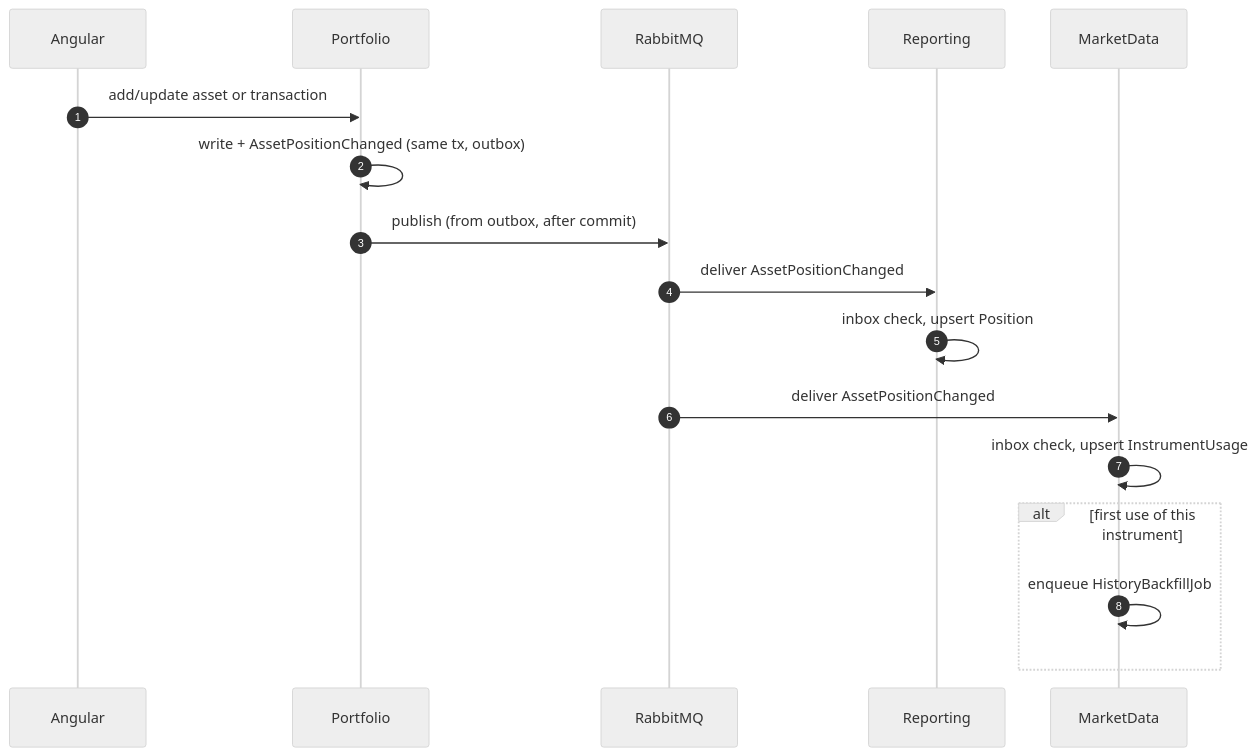
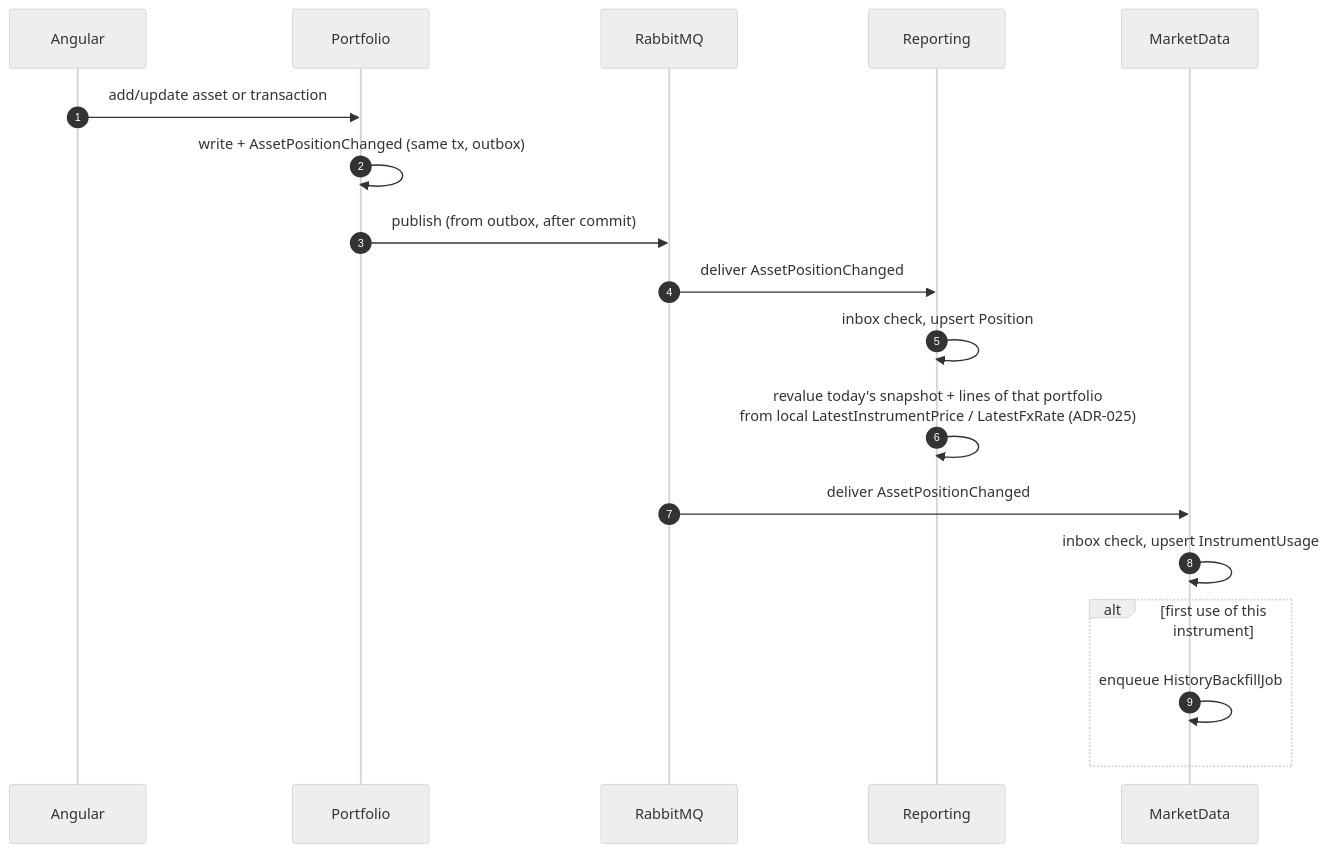
One commit to Maliniak93/FinMel changed the third of 6 diagrams in skarbiec-plan/architecture.md. Above: the diagram before and after it, drawn with Mermaid (neutral theme). The commit also changed other lines of this file and 21 other files, not shown here.

````diff
--- a/skarbiec-plan/architecture.md
+++ b/skarbiec-plan/architecture.md
@@ -108,20 +108,21 @@
 ```mermaid
 sequenceDiagram
     autonumber
     participant U as Angular
     participant PF as Portfolio
     participant MQ as RabbitMQ
     participant RP as Reporting
     participant MD as MarketData
 
     U->>PF: add/update asset or transaction
     PF->>PF: write + AssetPositionChanged (same tx, outbox)
     PF->>MQ: publish (from outbox, after commit)
     MQ->>RP: deliver AssetPositionChanged
     RP->>RP: inbox check, upsert Position
+    RP->>RP: revalue today's snapshot + lines of that portfolio<br/>from local LatestInstrumentPrice / LatestFxRate (ADR-025)
     MQ->>MD: deliver AssetPositionChanged
     MD->>MD: inbox check, upsert InstrumentUsage
     alt first use of this instrument
         MD->>MD: enqueue HistoryBackfillJob
     end
 ```
````
